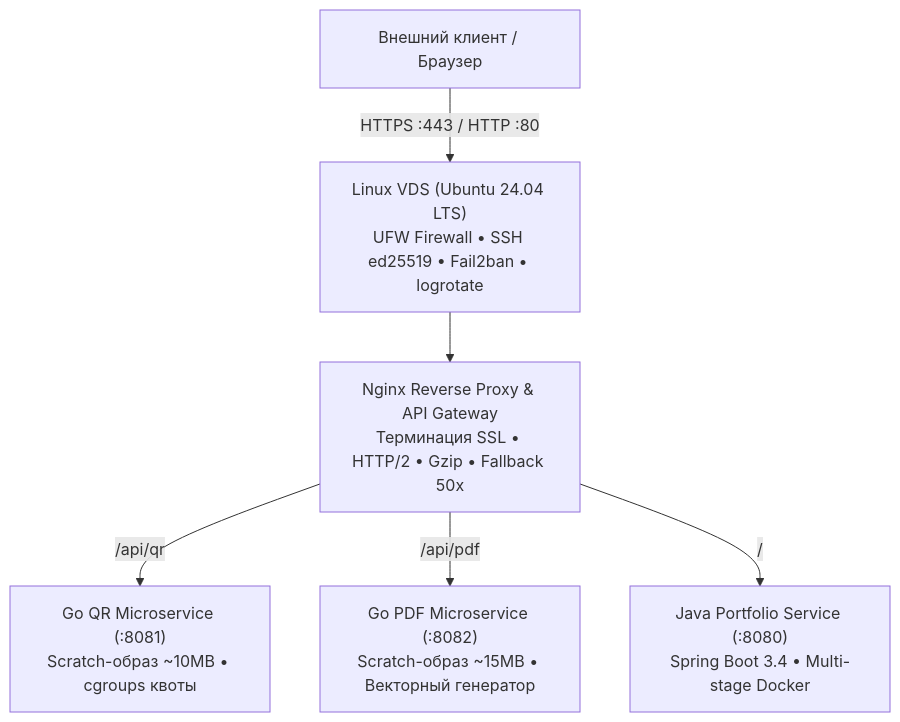
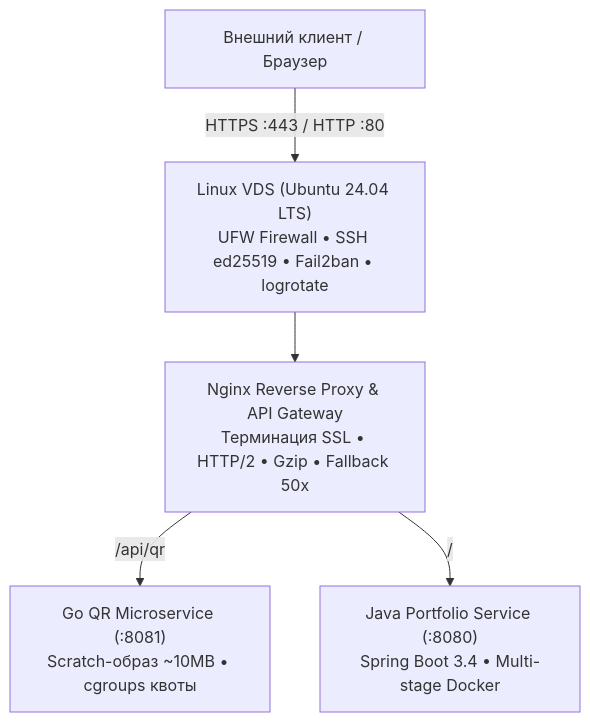
Before and after one commit to AndreyJVM/portfolio-service: the first of 2 diagrams in README.md, drawn with Mermaid. The commit also changed other lines of this file and 21 other files, not shown here.

````diff
--- a/README.md
+++ b/README.md
@@ -31,8 +31,7 @@
 ```mermaid
 flowchart TD
     Client["Внешний клиент / Браузер"] -->|HTTPS :443 / HTTP :80| Host["Linux VDS (Ubuntu 24.04 LTS)<br/>UFW Firewall • SSH ed25519 • Fail2ban • logrotate"]
     Host --> Nginx["Nginx Reverse Proxy & API Gateway<br/>Терминация SSL • HTTP/2 • Gzip • Fallback 50x"]
     Nginx -->|/api/qr| GoQR["Go QR Microservice (:8081)<br/>Scratch-образ ~10MB • cgroups квоты"]
-    Nginx -->|/api/pdf| GoPDF["Go PDF Microservice (:8082)<br/>Scratch-образ ~15MB • Векторный генератор"]
     Nginx -->|/| JavaApp["Java Portfolio Service (:8080)<br/>Spring Boot 3.4 • Multi-stage Docker"]
 ```
````
